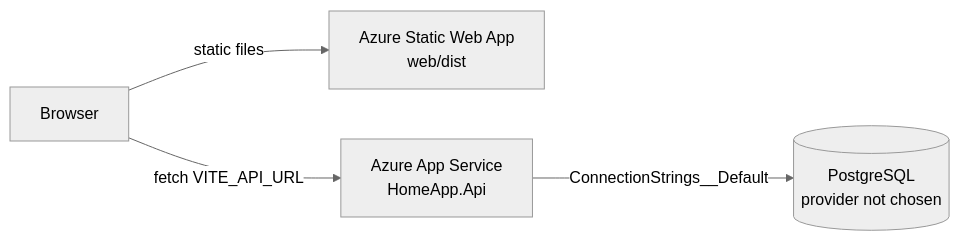
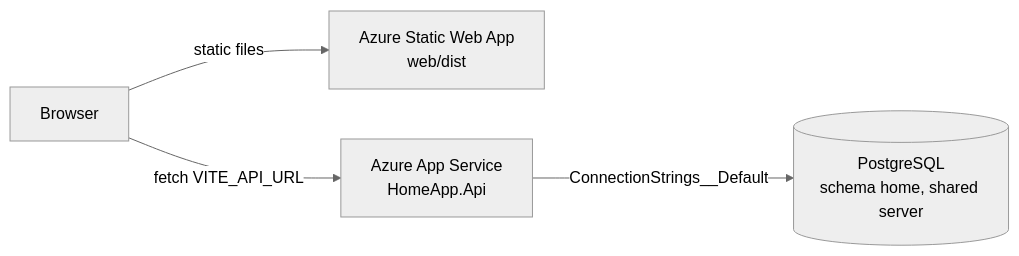
One commit to Weretik/home-app changed the diagram in docs/architecture.md. Above: the diagram before and after it, drawn with Mermaid (neutral theme). The commit also changed other lines of this file and 11 other files, not shown here.

First line of the commit message:
Store data in the home schema of the shared PostgreSQL server

````diff
--- a/docs/architecture.md
+++ b/docs/architecture.md
@@ -3,6 +3,6 @@
 ```mermaid
 flowchart LR
   browser[Browser] -->|static files| swa[Azure Static Web App<br/>web/dist]
   browser -->|fetch VITE_API_URL| api[Azure App Service<br/>HomeApp.Api]
-  api -->|ConnectionStrings__Default| db[(PostgreSQL<br/>provider not chosen)]
+  api -->|ConnectionStrings__Default| db[(PostgreSQL<br/>schema home, shared server)]
 ```
````
